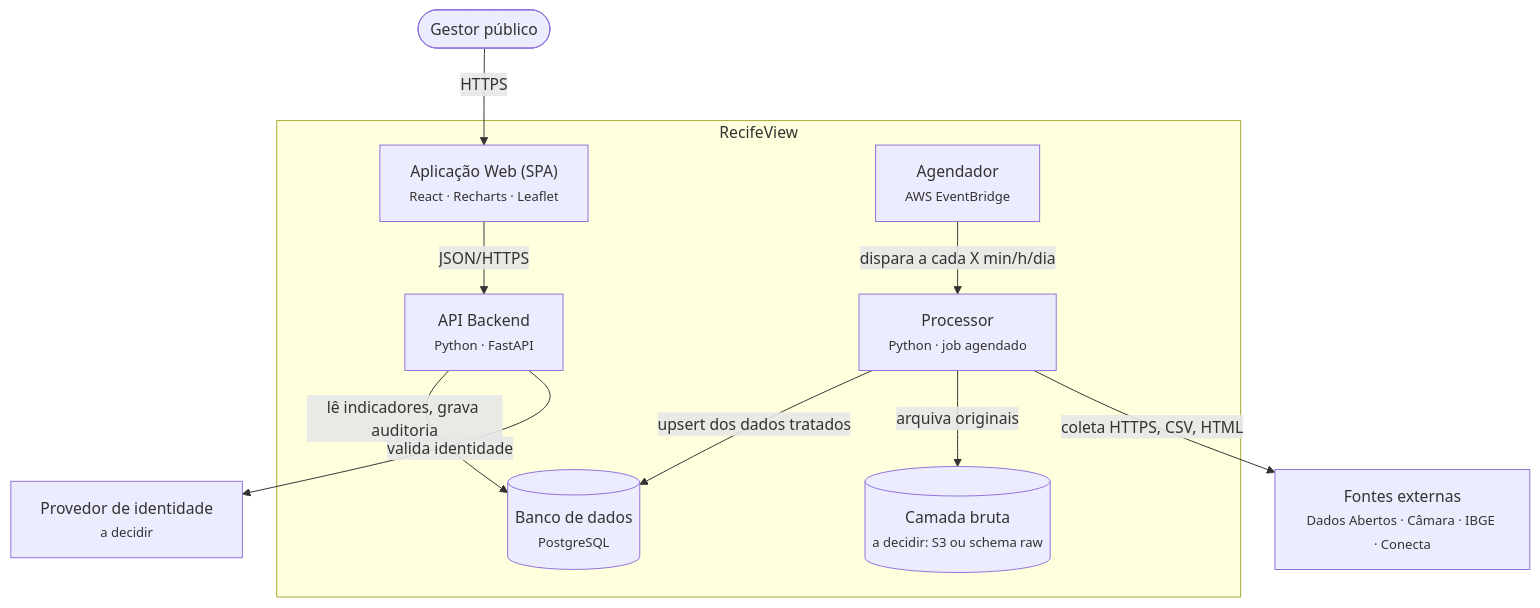
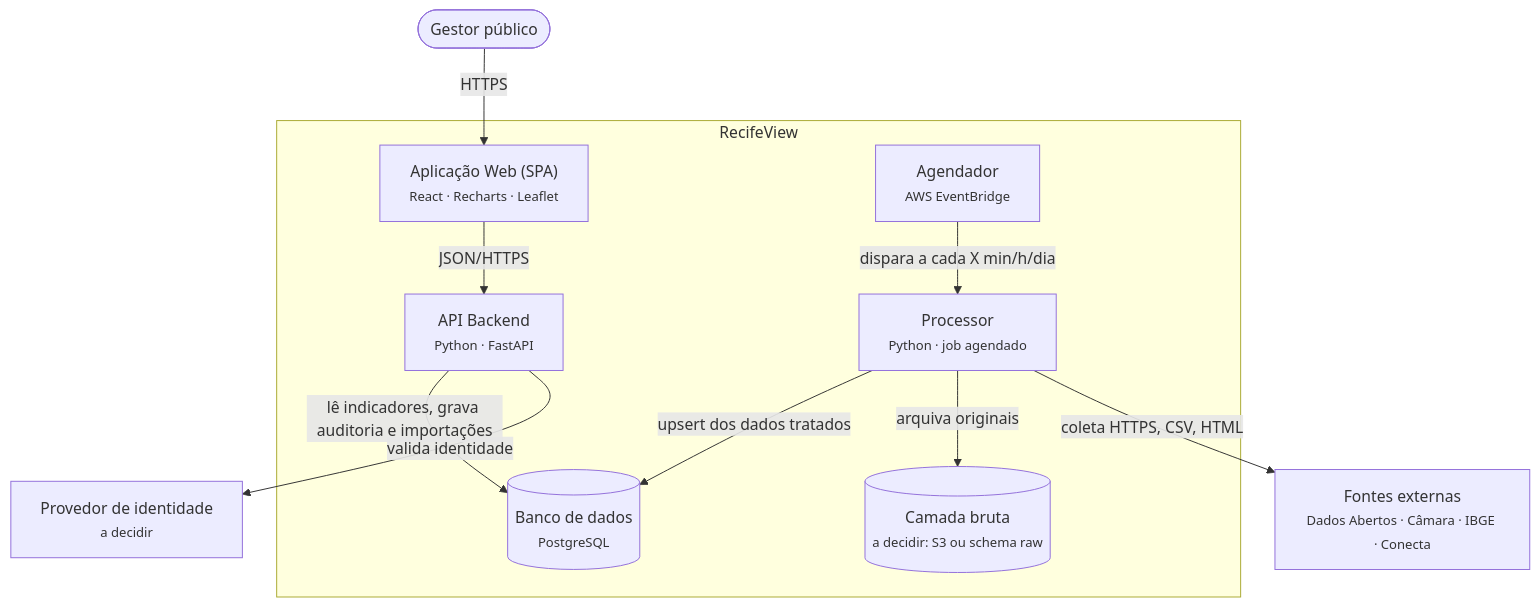
The diagram in docs/arquitetura.md (Mateus-Ribeir0/RecifeView), drawn with Mermaid before and after one commit. The commit also changed other lines of this file and 25 other files, not shown here.

````diff
--- a/docs/arquitetura.md
+++ b/docs/arquitetura.md
@@ -13,25 +13,25 @@
 ```mermaid
 flowchart TB
     gestor([Gestor público])
 
     subgraph rv [RecifeView]
         spa["Aplicação Web (SPA)<br/><small>React · Recharts · Leaflet</small>"]
         api["API Backend<br/><small>Python · FastAPI</small>"]
         db[("Banco de dados<br/><small>PostgreSQL</small>")]
         proc["Processor<br/><small>Python · job agendado</small>"]
         eb["Agendador<br/><small>AWS EventBridge</small>"]
         raw[("Camada bruta<br/><small>a decidir: S3 ou schema raw</small>")]
     end
 
     idp["Provedor de identidade<br/><small>a decidir</small>"]
     fontes["Fontes externas<br/><small>Dados Abertos · Câmara · IBGE · Conecta</small>"]
 
     gestor -->|HTTPS| spa
     spa -->|JSON/HTTPS| api
     api -->|valida identidade| idp
-    api -->|lê indicadores, grava auditoria| db
+    api -->|lê indicadores, grava auditoria e importações| db
     eb -->|dispara a cada X min/h/dia| proc
     proc -->|coleta HTTPS, CSV, HTML| fontes
     proc -->|arquiva originais| raw
     proc -->|upsert dos dados tratados| db
 ```
````
